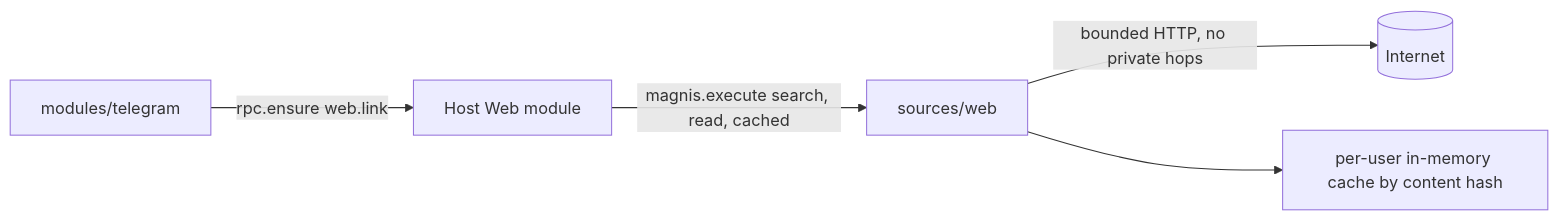
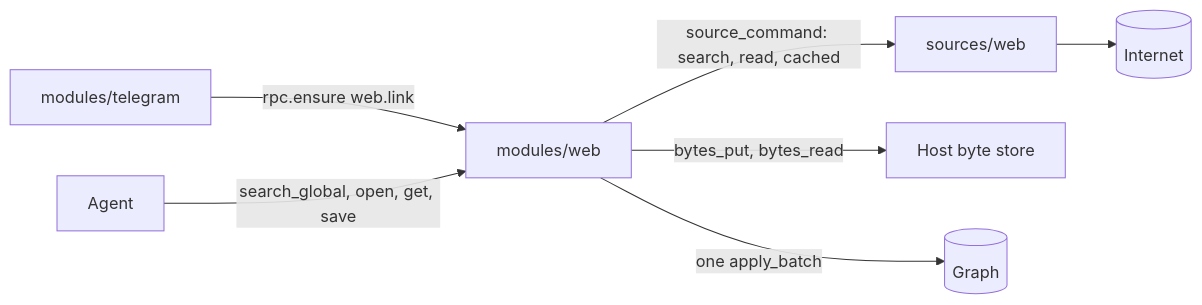
Before and after one commit to 0xmikko/magnis: the diagram in docs/plans/web-source.md, drawn with Mermaid. The commit also changed other lines of this file, not shown here.

Commit message:
plan(web-source): Web moves into the catalog as a module — main SPEC

````diff
--- a/docs/plans/web-source.md
+++ b/docs/plans/web-source.md
@@ -26,7 +33,9 @@
 ```mermaid
 flowchart LR
-    WEB[Host Web module] -->|magnis.execute search, read, cached| SRC[sources/web]
-    SRC -->|bounded HTTP, no private hops| NET[(Internet)]
-    SRC --> CACHE[per-user in-memory cache by content hash]
-    TG[modules/telegram] -->|rpc.ensure web.link| WEB
+    TG[modules/telegram] -->|rpc.ensure web.link| WEB[modules/web]
+    AGENT[Agent] -->|search_global, open, get, save| WEB
+    WEB -->|source_command: search, read, cached| SRC[sources/web]
+    SRC --> NET[(Internet)]
+    WEB -->|bytes_put, bytes_read| HOST[Host byte store]
+    WEB -->|one apply_batch| GRAPH[(Graph)]
 ```
````
